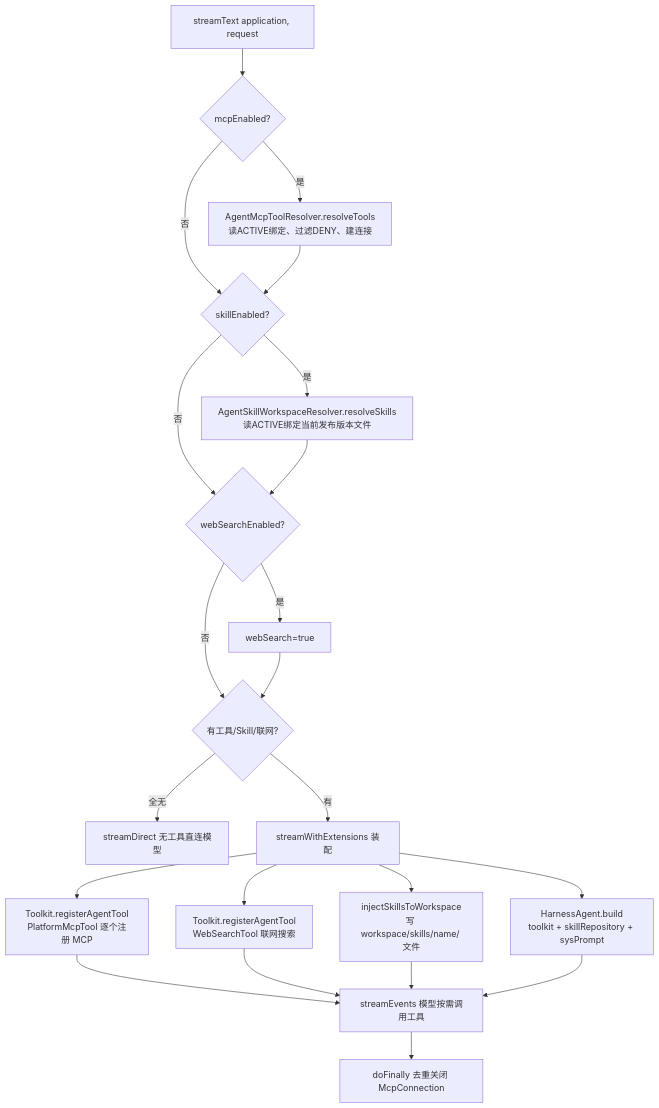
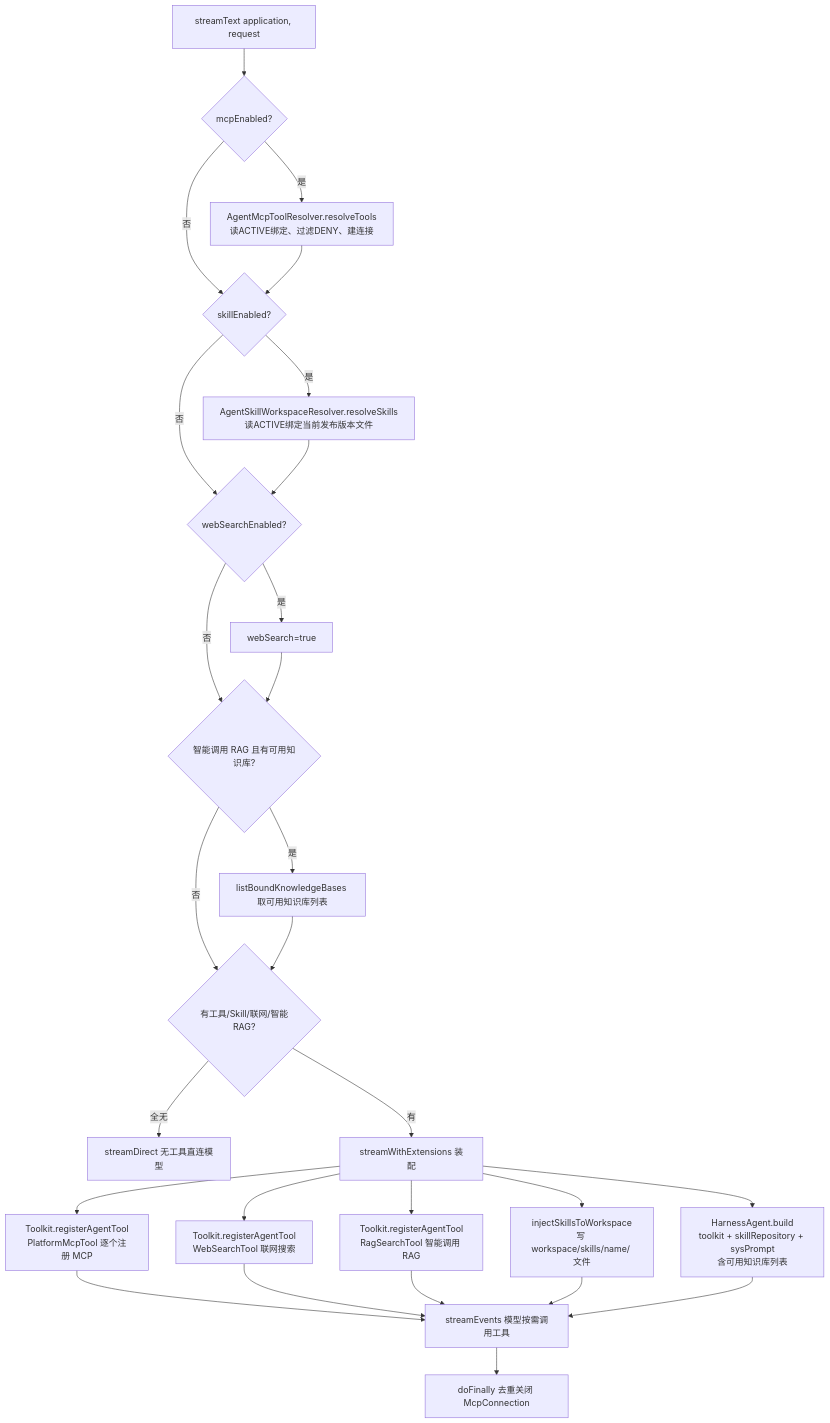
Before and after one commit to zyw/v5ai-nb: the second of 3 diagrams in AGENTS.md, drawn with Mermaid. The commit also changed other lines of this file and 11 other files, not shown here.

````diff
--- a/AGENTS.md
+++ b/AGENTS.md
@@ -131,24 +136,29 @@
 ```mermaid
 flowchart TB
     S[streamText application, request] --> G1{mcpEnabled?}
     G1 -- 是 --> M1[AgentMcpToolResolver.resolveTools<br/>读ACTIVE绑定、过滤DENY、建连接]
     G1 -- 否 --> G2
     M1 --> G2{skillEnabled?}
     G2 -- 是 --> SK[AgentSkillWorkspaceResolver.resolveSkills<br/>读ACTIVE绑定当前发布版本文件]
     G2 -- 否 --> G3
     SK --> G3{webSearchEnabled?}
     G3 -- 是 --> WS[webSearch=true]
-    G3 -- 否 --> DEC
-    WS --> DEC{有工具/Skill/联网?}
+    G3 -- 否 --> G4
+    WS --> G4{智能调用 RAG 且有可用知识库?}
+    G4 -- 是 --> RG[listBoundKnowledgeBases 取可用知识库列表]
+    G4 -- 否 --> DEC
+    RG --> DEC{有工具/Skill/联网/智能RAG?}
     DEC -- 全无 --> DIR[streamDirect 无工具直连模型]
     DEC -- 有 --> ASM[streamWithExtensions 装配]
     ASM --> T1[Toolkit.registerAgentTool<br/>PlatformMcpTool 逐个注册 MCP]
     ASM --> T2[Toolkit.registerAgentTool<br/>WebSearchTool 联网搜索]
+    ASM --> T5[Toolkit.registerAgentTool<br/>RagSearchTool 智能调用 RAG]
     ASM --> T3[injectSkillsToWorkspace<br/>写 workspace/skills/name/ 文件]
-    ASM --> T4[HarnessAgent.build<br/>toolkit + skillRepository + sysPrompt]
+    ASM --> T4[HarnessAgent.build<br/>toolkit + skillRepository + sysPrompt<br/>含可用知识库列表]
     T1 --> RUN
     T2 --> RUN
+    T5 --> RUN
     T3 --> RUN
     T4 --> RUN[streamEvents 模型按需调用工具]
     RUN --> CLOSE[doFinally 去重关闭 McpConnection]
 ```
````
